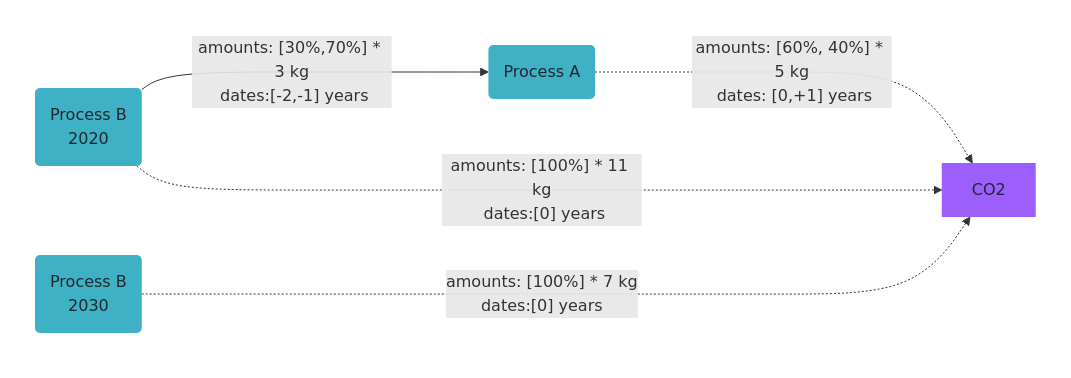
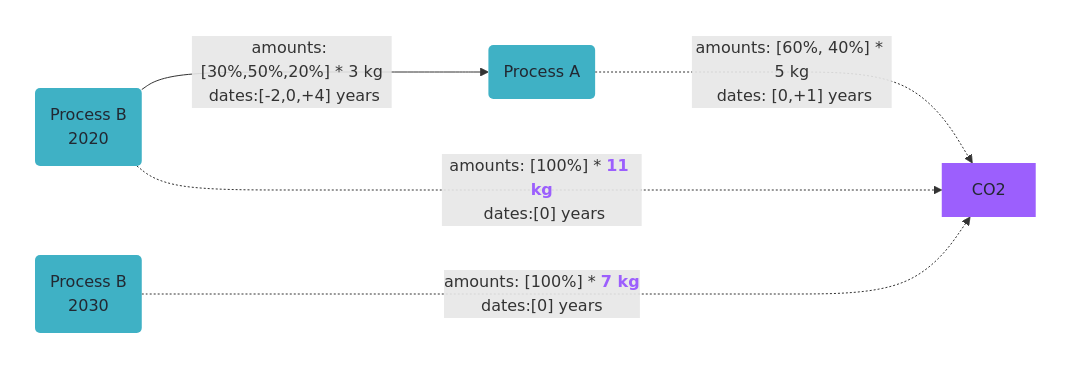
Before and after one commit to brightway-lca/bw_timex: the third of 3 diagrams in docs/content/getting_started/adding_temporal_information.md, drawn with Mermaid. The commit also changed other lines of this file and 2 other files, not shown here.

Commit message:
add gettings started sections on temp info and timeline building

````diff
--- a/docs/content/getting_started/adding_temporal_information.md
+++ b/docs/content/getting_started/adding_temporal_information.md
@@ -41,29 +180,28 @@
 ```{mermaid}
 :caption: Temporalized example production system
 flowchart LR
 subgraph background[" "]
     B_2020(Process B \n 2020):::bg
     B_2030(Process B \n 2030):::bg
 end
 
 subgraph foreground[" "]
     A(Process A):::fg
 end
 
 subgraph biosphere[" "]
     CO2:::b
 end
-
-    B_2020-->|"amounts: [30%,70%] * 3 kg\n dates:[-2,-1]" years|A
+    B_2020-->|"amounts: [30%,50%,20%] * 3 kg\n dates:[-2,0,+4]" years|A
     A-.->|"amounts: [60%, 40%] * 5 kg\n dates: [0,+1]" years|CO2
-    B_2020-.->|"amounts: [100%] * 11 kg\n dates:[0]" years|CO2
-    B_2030-.->|"amounts: [100%] * 7 kg\n dates:[0]" years|CO2
+    B_2020-.->|"amounts: [100%] * <span style='color:#9c5ffd'><b>11 kg</b></span>\n dates:[0]" years|CO2
+    B_2030-.->|"amounts: [100%] * <span style='color:#9c5ffd'><b>7 kg</b></span>\n dates:[0]" years|CO2
 
     classDef bg color:#222832, fill:#3fb1c5, stroke:none;
     classDef fg color:#222832, fill:#3fb1c5, stroke:none;
     classDef b color:#222832, fill:#9c5ffd, stroke:none;
     style foreground fill:none, stroke:none;
     style background fill:none, stroke:none;
     style biosphere fill:none, stroke:none;
 
 ```
````
